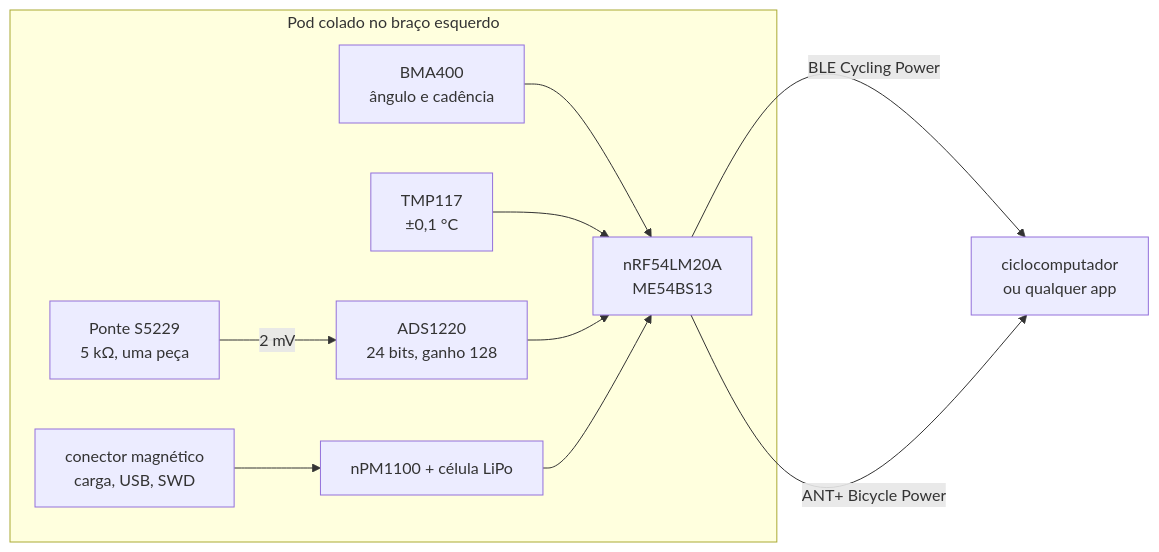
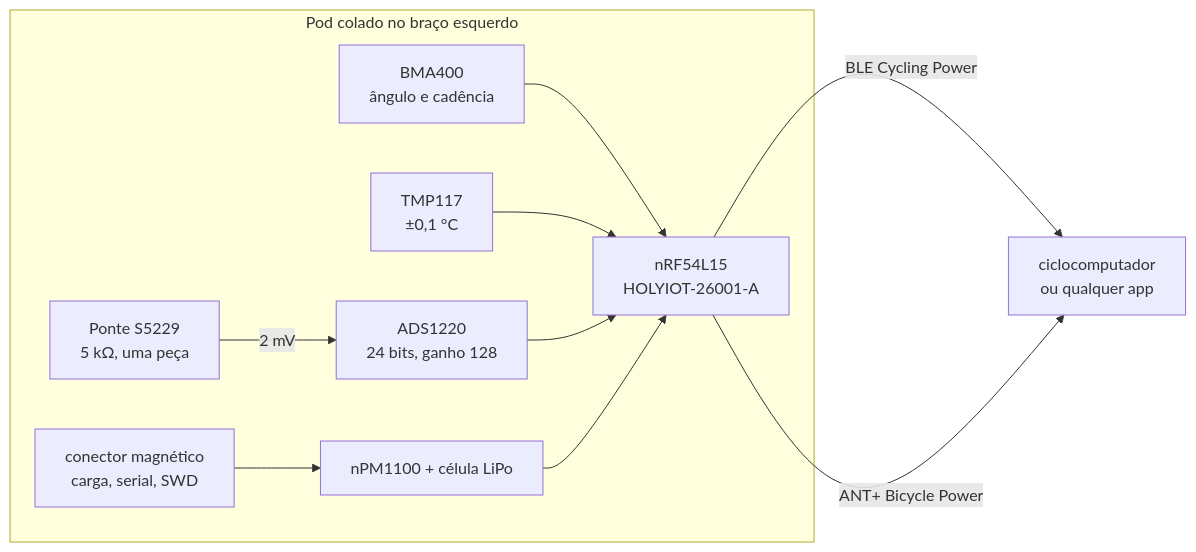
Before and after one commit to Guiimartinho/bike-powermeter: the first of 3 diagrams in README.md, drawn with Mermaid. The commit also changed other lines of this file and 11 other files, not shown here.

````diff
--- a/README.md
+++ b/README.md
@@ -43,13 +43,13 @@
 ```mermaid
 flowchart LR
     subgraph POD["Pod colado no braço esquerdo"]
         G["Ponte S5229<br/>5 kΩ, uma peça"] -->|"2 mV"| A["ADS1220<br/>24 bits, ganho 128"]
-        I["BMA400<br/>ângulo e cadência"] --> M["nRF54LM20A<br/>ME54BS13"]
+        I["BMA400<br/>ângulo e cadência"] --> M["nRF54L15<br/>HOLYIOT-26001-A"]
         T["TMP117<br/>±0,1 °C"] --> M
         A --> M
         P["nPM1100 + célula LiPo"] --> M
-        C["conector magnético<br/>carga, USB, SWD"] --> P
+        C["conector magnético<br/>carga, serial, SWD"] --> P
     end
     M -- "BLE Cycling Power" --> CC["ciclocomputador<br/>ou qualquer app"]
     M -- "ANT+ Bicycle Power" --> CC
 ```
````
